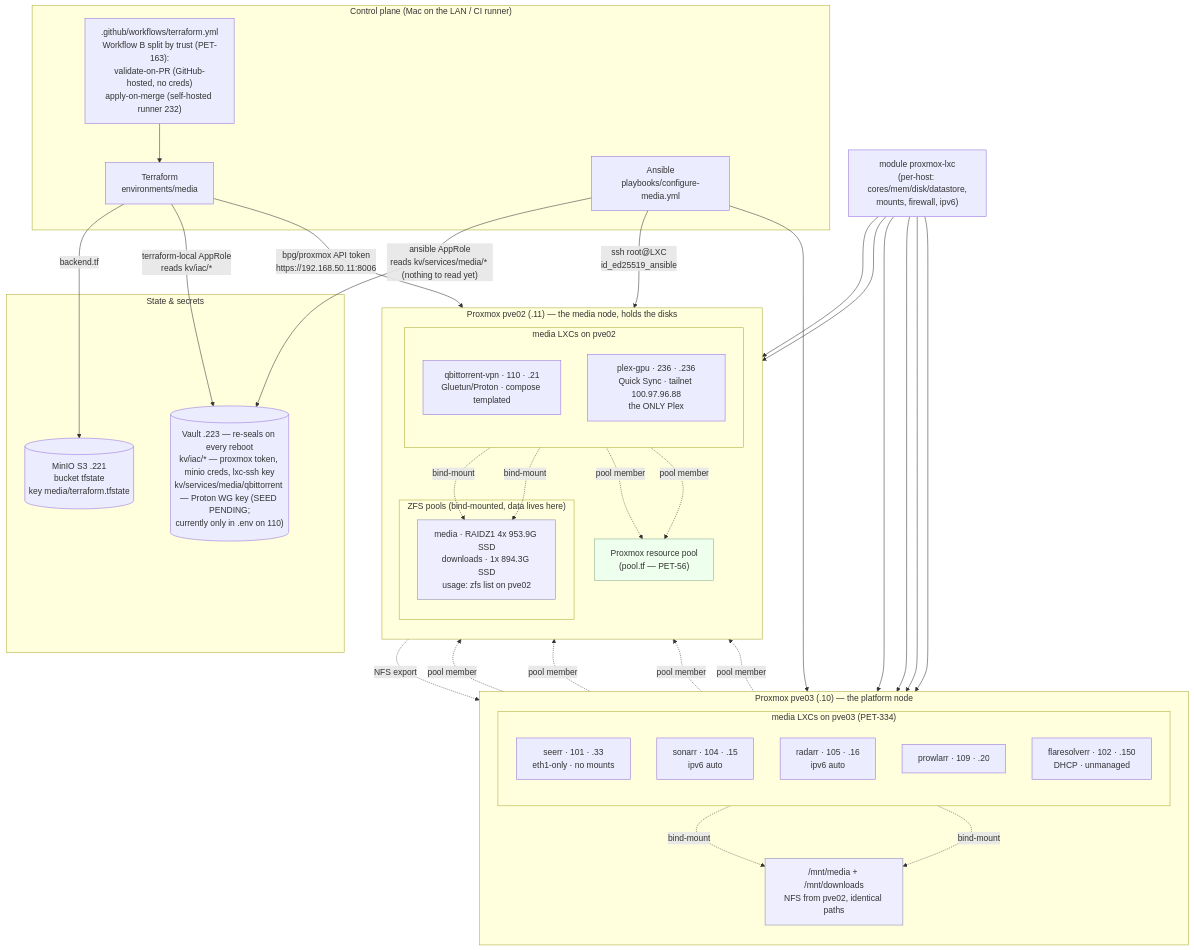
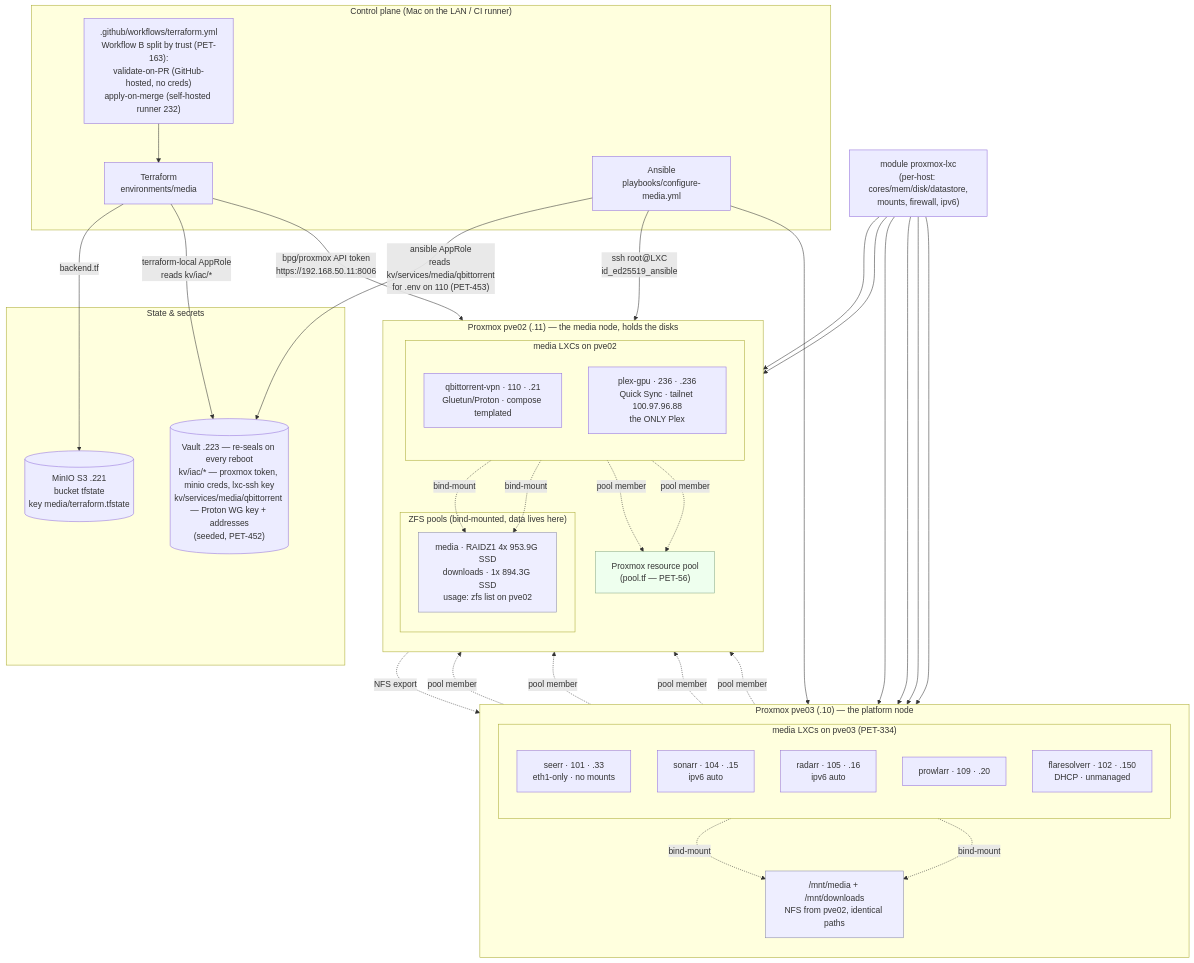
The diagram in docs/ARCHITECTURE.md (PeteDio-Labs/petedio-media-iac), drawn with Mermaid before and after one commit. The commit also changed 15 other files, not shown here.

````diff
--- a/docs/ARCHITECTURE.md
+++ b/docs/ARCHITECTURE.md
@@ -8,63 +8,63 @@
 ```mermaid
 flowchart TB
     subgraph operator["Control plane (Mac on the LAN / CI runner)"]
         TF["Terraform<br/>environments/media"]
         ANS["Ansible<br/>playbooks/configure-media.yml"]
         CI[".github/workflows/terraform.yml<br/>Workflow B split by trust (PET-163):<br/>validate-on-PR (GitHub-hosted, no creds)<br/>apply-on-merge (self-hosted runner 232)"]
     end
 
     subgraph backing["State & secrets"]
         MINIO[("MinIO S3 .221<br/>bucket tfstate<br/>key media/terraform.tfstate")]
-        VAULT[("Vault .223 — re-seals on every reboot<br/>kv/iac/* — proxmox token, minio creds, lxc-ssh key<br/>kv/services/media/qbittorrent — Proton WG key (SEED PENDING;<br/>currently only in .env on 110)")]
+        VAULT[("Vault .223 — re-seals on every reboot<br/>kv/iac/* — proxmox token, minio creds, lxc-ssh key<br/>kv/services/media/qbittorrent — Proton WG key + addresses<br/>(seeded, PET-452)")]
     end
 
     TF -- "backend.tf" --> MINIO
     TF -- "terraform-local AppRole<br/>reads kv/iac/*" --> VAULT
-    ANS -- "ansible AppRole<br/>reads kv/services/media/* (nothing to read yet)" --> VAULT
+    ANS -- "ansible AppRole<br/>reads kv/services/media/qbittorrent<br/>for .env on 110 (PET-453)" --> VAULT
     CI --> TF
 
     TF -- "bpg/proxmox API token<br/>https://192.168.50.11:8006" --> PVE02
     ANS -- "ssh root@LXC<br/>id_ed25519_ansible" --> PVE02
     ANS --> PVE03
 
     MOD["module proxmox-lxc<br/>(per-host: cores/mem/disk/datastore,<br/>mounts, firewall, ipv6)"]
 
     subgraph PVE03["Proxmox pve03 (.10) — the platform node"]
         direction TB
         subgraph arr["media LXCs on pve03 (PET-334)"]
             direction TB
             SEERR["seerr · 101 · .33<br/>eth1-only · no mounts"]
             SONARR["sonarr · 104 · .15<br/>ipv6 auto"]
             RADARR["radarr · 105 · .16<br/>ipv6 auto"]
             PROWLARR["prowlarr · 109 · .20"]
             FLARE["flaresolverr · 102 · .150<br/>DHCP · unmanaged"]
         end
         NFS["/mnt/media + /mnt/downloads<br/>NFS from pve02, identical paths"]
     end
 
     subgraph PVE02["Proxmox pve02 (.11) — the media node, holds the disks"]
         direction TB
         subgraph dl["media LXCs on pve02"]
             direction TB
             QBIT["qbittorrent-vpn · 110 · .21<br/>Gluetun/Proton · compose templated"]
             PLEXGPU["plex-gpu · 236 · .236<br/>Quick Sync · tailnet 100.97.96.88<br/>the ONLY Plex"]
         end
 
         subgraph stores["ZFS pools (bind-mounted, data lives here)"]
             MNT["media · RAIDZ1 4x 953.9G SSD<br/>downloads · 1x 894.3G SSD<br/>usage: zfs list on pve02"]
         end
 
         POOL["Proxmox resource pool<br/>(pool.tf — PET-56)"]
     end
 
     MOD --> SEERR & SONARR & RADARR & PROWLARR & QBIT & PLEXGPU
     QBIT & PLEXGPU -. "bind-mount" .-> MNT
     MNT -. "NFS export" .-> NFS
     SONARR & RADARR -. "bind-mount" .-> NFS
     SEERR & SONARR & RADARR & PROWLARR & QBIT & PLEXGPU -. "pool member" .-> POOL
 
     classDef store fill:#eef,stroke:#88a;
     classDef pool fill:#efe,stroke:#8a8;
     class MNT,NFS store;
     class POOL pool;
 ```
````
